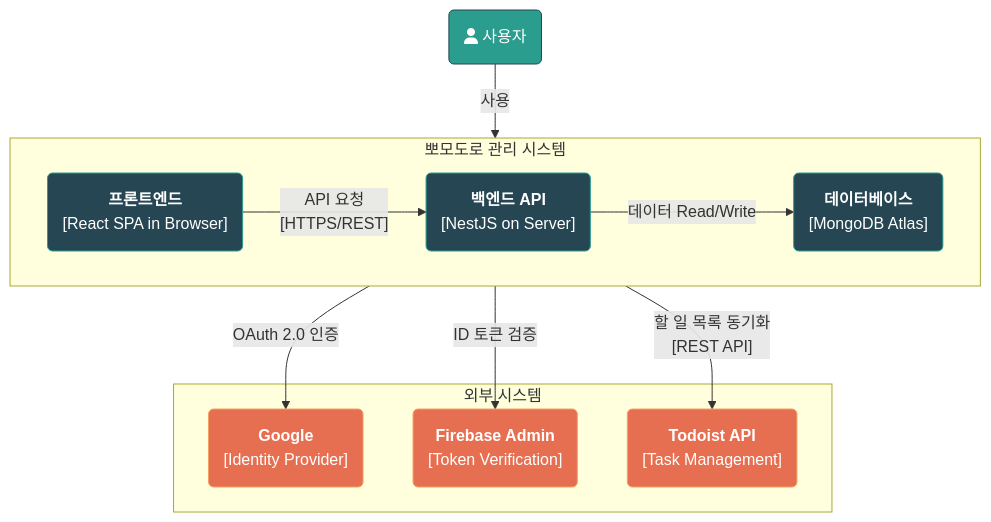
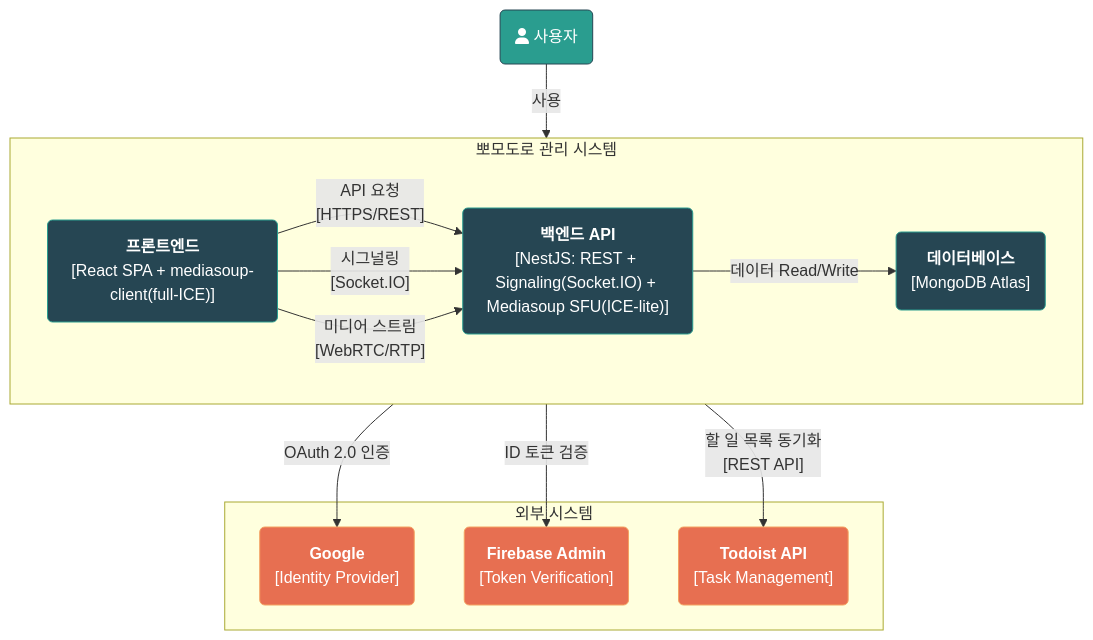
Before and after one commit to Yonghwan-Song/pomodoro-doc: the second of 3 diagrams in docs/introduction.md, drawn with Mermaid. The commit also changed other lines of this file and 6 other files, not shown here.

````diff
--- a/docs/introduction.md
+++ b/docs/introduction.md
@@ -163,45 +166,34 @@
 ```mermaid
 flowchart TD
-    %% --- 노드 정의 ---
     User("fa:fa-user 사용자")
 
-    %% subgraph " "
-        %% --- 외부 시스템 그룹 (수직 정렬로 수정) ---
-        %% subgraph "외부 시스템 (External Systems)" 괄호 부분 text 짤림.
-        subgraph "외부 시스템"
+    subgraph "외부 시스템"
+        Google("<b>Google</b><br>[Identity Provider]")
+        Firebase("<b>Firebase Admin</b><br>[Token Verification]")
+        Todoist("<b>Todoist API</b><br>[Task Management]")
+    end
 
-            Google("<b>Google</b><br>[Identity Provider]")
-            Firebase("<b>Firebase Admin</b><br>[Token Verification]")
-            Todoist("<b>Todoist API</b><br>[Task Management]")
-        end
-    %% end
+    subgraph "뽀모도로 관리 시스템"
+        direction LR
+        Frontend("<b>프론트엔드</b><br>[React SPA + mediasoup-client(full-ICE)]")
+        Backend("<b>백엔드 API</b><br>[NestJS: REST + Signaling(Socket.IO) + Mediasoup SFU(ICE-lite)]")
+        Database("<b>데이터베이스</b><br>[MongoDB Atlas]")
+    end
 
-    %% subgraph " "
-        %% --- 우리 시스템 그룹 ---
-        %% subgraph "뽀모도로 관리 시스템 (Our System)" 괄호 부분 text 짤림.
-        subgraph "뽀모도로 관리 시스템"
-
-            direction LR
-            Frontend("<b>프론트엔드</b><br>[React SPA in Browser]")
-            Backend("<b>백엔드 API</b><br>[NestJS on Server]")
-            Database("<b>데이터베이스</b><br>[MongoDB Atlas]")
-        end
-    %% end
-
-    %% --- 관계 정의 ---
     User -- "사용" --> Frontend
     Frontend -- "API 요청<br>[HTTPS/REST]" --> Backend
+    Frontend -- "시그널링<br>[Socket.IO]" --> Backend
+    Frontend -- "미디어 스트림<br>[WebRTC/RTP]" --> Backend
     Frontend -- "OAuth 2.0 인증" --> Google
     Backend -- "ID 토큰 검증" --> Firebase
     Backend -- "데이터 Read/Write" --> Database
     Backend -- "할 일 목록 동기화<br>[REST API]" --> Todoist
 
-    %% --- 스타일 ---
     style User fill:#2a9d8f,stroke:#264653,color:#fff
     style Frontend fill:#264653,stroke:#2a9d8f,color:#fff
     style Backend fill:#264653,stroke:#2a9d8f,color:#fff
     style Database fill:#264653,stroke:#2a9d8f,color:#fff
     style Google fill:#e76f51,stroke:#f4a261,color:#fff
     style Firebase fill:#e76f51,stroke:#f4a261,color:#fff
     style Todoist fill:#e76f51,stroke:#f4a261,color:#fff
 ```
````
